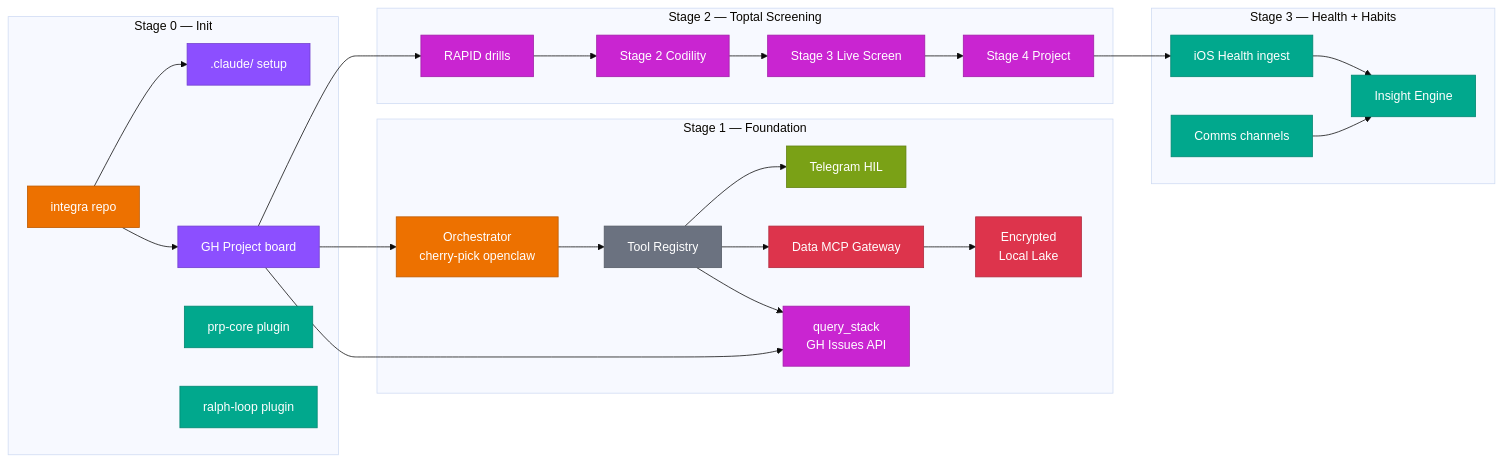
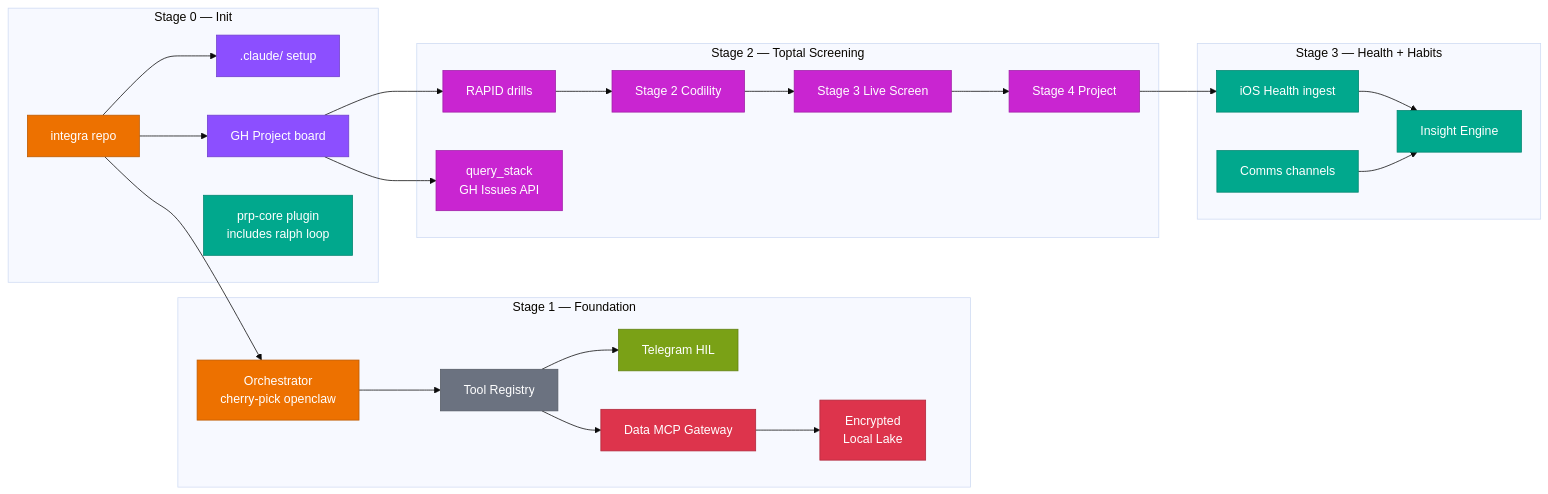
Before and after one commit to bprzybysz/integra: the first of 4 diagrams in ROADMAP.md, drawn with Mermaid (base theme). The commit also changed other lines of this file and 3 other files, not shown here.

First line of the commit message:
feat: YouTube KB extraction + ROADMAP.md integrity overhaul

````diff
--- a/ROADMAP.md
+++ b/ROADMAP.md
@@ -33,52 +33,50 @@
 ```mermaid
 graph LR
     subgraph "Stage 0 — Init"
         A[integra repo] --> B[.claude/ setup]
         A --> C[GH Project board]
-        D[prp-core plugin]
-        E[ralph-loop plugin]
+        D[prp-core plugin<br/>includes ralph loop]
     end
 
     subgraph "Stage 1 — Foundation"
         F[Orchestrator<br/>cherry-pick openclaw] --> G[Tool Registry]
         G --> H[Telegram HIL]
         G --> I[Data MCP Gateway]
         I --> J[Encrypted<br/>Local Lake]
-        G --> T[query_stack<br/>GH Issues API]
     end
 
     subgraph "Stage 2 — Toptal Screening"
         K[RAPID drills] --> L[Stage 2 Codility]
         L --> M[Stage 3 Live Screen]
         M --> N[Stage 4 Project]
+        T[query_stack<br/>GH Issues API]
     end
 
     subgraph "Stage 3 — Health + Habits"
         O[iOS Health ingest] --> Q[Insight Engine]
         P[Comms channels] --> Q
     end
 
-    C --> F
+    A --> F
     C --> K
     C --> T
     N --> O
 
     style A fill:#ED7100,color:#fff,stroke:#BD5A00,stroke-width:1px
     style B fill:#8C4FFF,color:#fff,stroke:#703FCC,stroke-width:1px
     style C fill:#8C4FFF,color:#fff,stroke:#703FCC,stroke-width:1px
     style D fill:#01A88D,color:#fff,stroke:#008670,stroke-width:1px
-    style E fill:#01A88D,color:#fff,stroke:#008670,stroke-width:1px
     style F fill:#ED7100,color:#fff,stroke:#BD5A00,stroke-width:1px
     style G fill:#6B7280,color:#fff,stroke:#555B66,stroke-width:1px
     style H fill:#7AA116,color:#fff,stroke:#618011,stroke-width:1px
     style I fill:#DD344C,color:#fff,stroke:#B0293C,stroke-width:1px
     style J fill:#DD344C,color:#fff,stroke:#B0293C,stroke-width:1px
     style K fill:#C925D1,color:#fff,stroke:#A01EA7,stroke-width:1px
     style L fill:#C925D1,color:#fff,stroke:#A01EA7,stroke-width:1px
     style M fill:#C925D1,color:#fff,stroke:#A01EA7,stroke-width:1px
     style N fill:#C925D1,color:#fff,stroke:#A01EA7,stroke-width:1px
     style O fill:#01A88D,color:#fff,stroke:#008670,stroke-width:1px
     style P fill:#01A88D,color:#fff,stroke:#008670,stroke-width:1px
     style Q fill:#01A88D,color:#fff,stroke:#008670,stroke-width:1px
     style T fill:#C925D1,color:#fff,stroke:#A01EA7,stroke-width:1px
 ```
````
